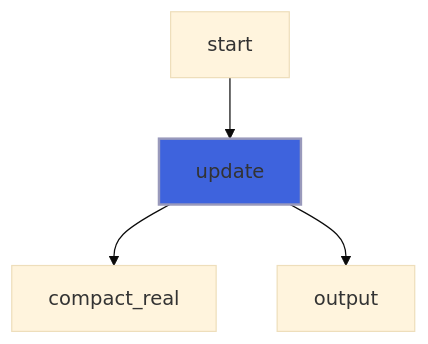
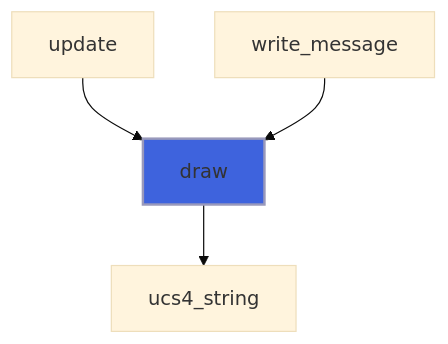
The ninth of 18 diagrams in docs/api/src/lib/forbear_bar_object.md (szaghi/forbear), drawn with Mermaid (base theme) before and after one commit. The commit also changed other lines of this file and 101 other files, not shown here.

````diff
--- a/docs/api/src/lib/forbear_bar_object.md
+++ b/docs/api/src/lib/forbear_bar_object.md
@@ -217,7 +387,7 @@
 ```mermaid
 flowchart TD
-  start["start"] --> update["update"]
-  update["update"] --> compact_real["compact_real"]
-  update["update"] --> output["output"]
-  style update fill:#3e63dd,stroke:#99b,stroke-width:2px
+  update["update"] --> draw["draw"]
+  write_message["write_message"] --> draw["draw"]
+  draw["draw"] --> ucs4_string["ucs4_string"]
+  style draw fill:#3e63dd,stroke:#99b,stroke-width:2px
 ```
````
